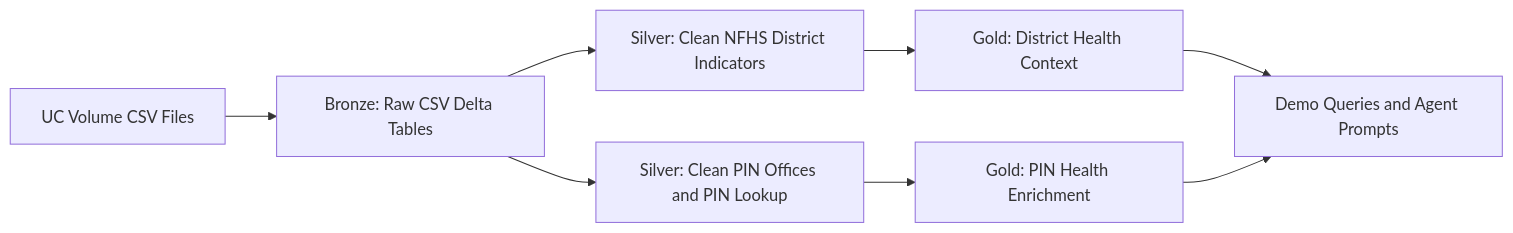
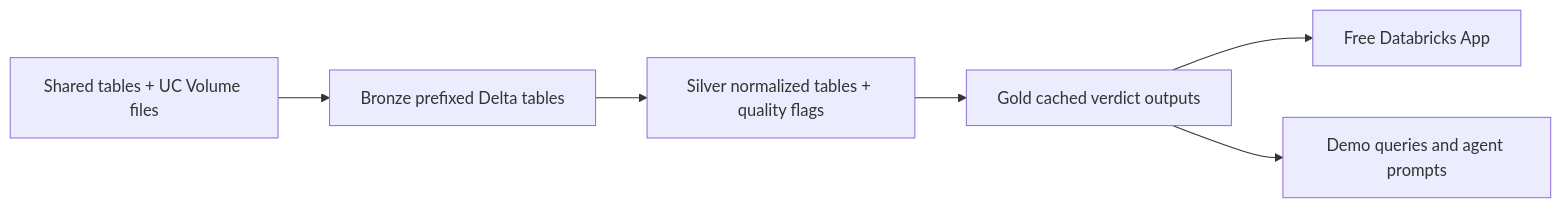
The diagram in README.md (d-padmanabhan/dais-2026-data-readiness-desk), drawn with Mermaid before and after one commit. The commit also changed other lines of this file and 2 other files, not shown here.

First line of the commit message:
docs(readme): reflect deployed app state

````diff
--- a/README.md
+++ b/README.md
@@ -37,10 +50,8 @@
 ```mermaid
 flowchart LR
-  SourceVolume["UC Volume CSV Files"] --> Bronze["Bronze: Raw CSV Delta Tables"]
-  Bronze --> SilverPincode["Silver: Clean PIN Offices and PIN Lookup"]
-  Bronze --> SilverNfhs["Silver: Clean NFHS District Indicators"]
-  SilverPincode --> GoldEnrichment["Gold: PIN Health Enrichment"]
-  SilverNfhs --> GoldDistrict["Gold: District Health Context"]
-  GoldDistrict --> Demo["Demo Queries and Agent Prompts"]
-  GoldEnrichment --> Demo
+  Sources["Shared tables + UC Volume files"] --> Bronze["Bronze prefixed Delta tables"]
+  Bronze --> Silver["Silver normalized tables + quality flags"]
+  Silver --> Gold["Gold cached verdict outputs"]
+  Gold --> App["Free Databricks App"]
+  Gold --> Demo["Demo queries and agent prompts"]
 ```
````
